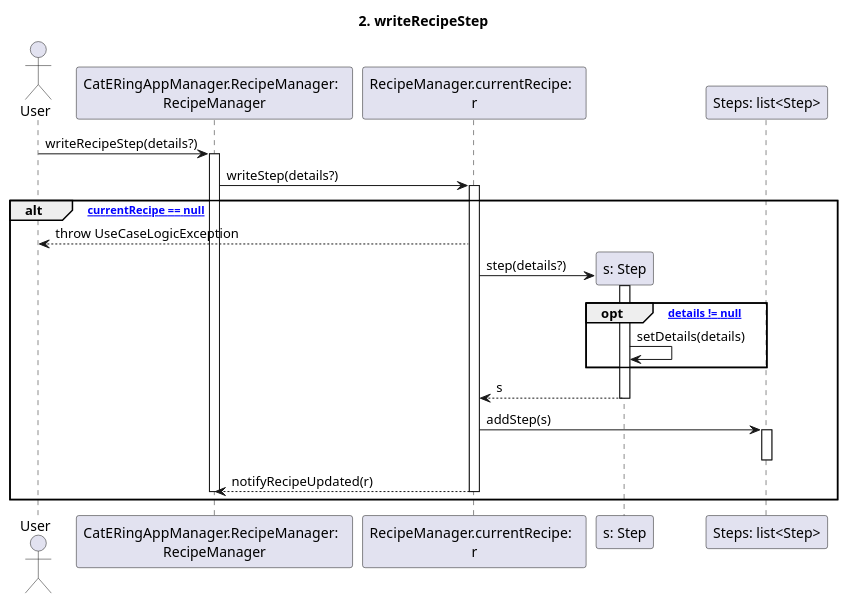
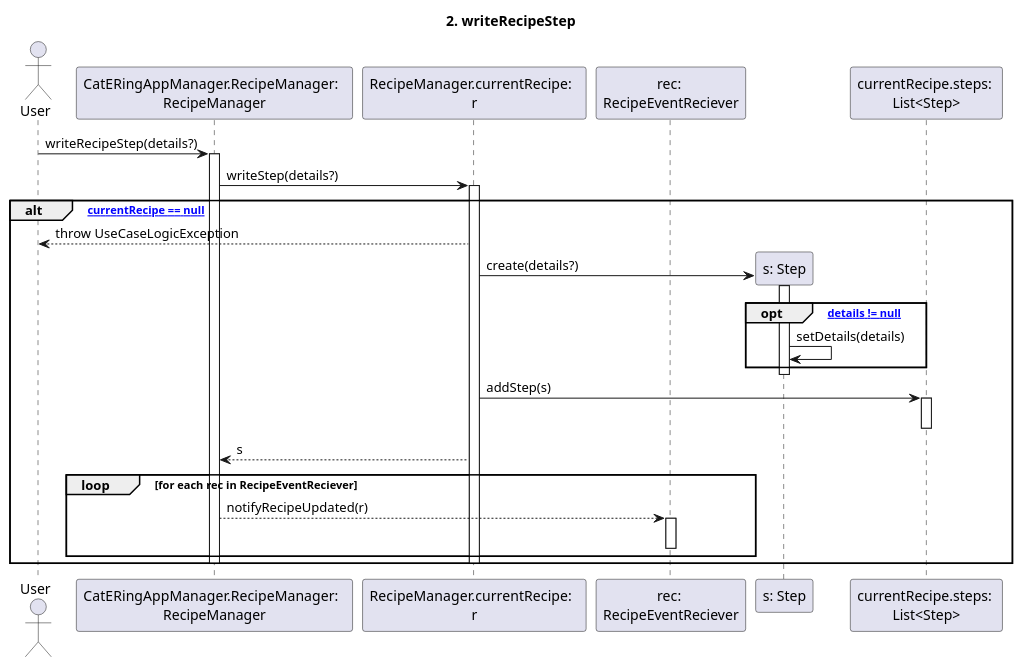
One commit to m0canu1/sas changed the diagram in dsd/dsd-ricette/2-writeRecipeStep.md. Above: the diagram before and after it, drawn with PlantUML. The commit also changed 2 other files, not shown here.

Commit message:
dsd ricette 2,3,6

````diff
--- a/dsd/dsd-ricette/2-writeRecipeStep.md
+++ b/dsd/dsd-ricette/2-writeRecipeStep.md
@@ -1,31 +1,36 @@
 ```plantuml
 
 title: 2. writeRecipeStep
 
 Actor User
 Participant "CatERingAppManager.RecipeManager:  \nRecipeManager" as RM
 Participant "RecipeManager.currentRecipe:  \nr" as CR
-
+Participant "rec: \nRecipeEventReciever" as RER
 User -> RM: writeRecipeStep(details?)
 Activate RM
 RM -> CR: writeStep(details?)
 activate CR
 alt ["currentRecipe == null"]
     CR --> User: throw UseCaseLogicException
         create "s: Step"
-        CR -> "s: Step": step(details?)
+        CR -> "s: Step": create(details?)
         Activate "s: Step"
         opt ["details != null"]
             "s: Step" -> "s: Step": setDetails(details)
         end
-        "s: Step" --> CR: s
         Deactivate "s: Step"
-        CR -> "Steps: list<Step>": addStep(s)
-        Activate "Steps: list<Step>"
-        Deactivate "Steps: list<Step>"
-        CR --> RM: notifyRecipeUpdated(r)
+        CR -> "currentRecipe.steps: \nList<Step>": addStep(s)
+        Activate "currentRecipe.steps: \nList<Step>"
+        Deactivate "currentRecipe.steps: \nList<Step>"
+        CR --> RM: s
+        loop for each rec in RecipeEventReciever
+
+            RM --> RER: notifyRecipeUpdated(r)
+            activate RER
+            deactivate RER
+        end
     deactivate CR
     Deactivate RM    
 end
 
 ```
````
